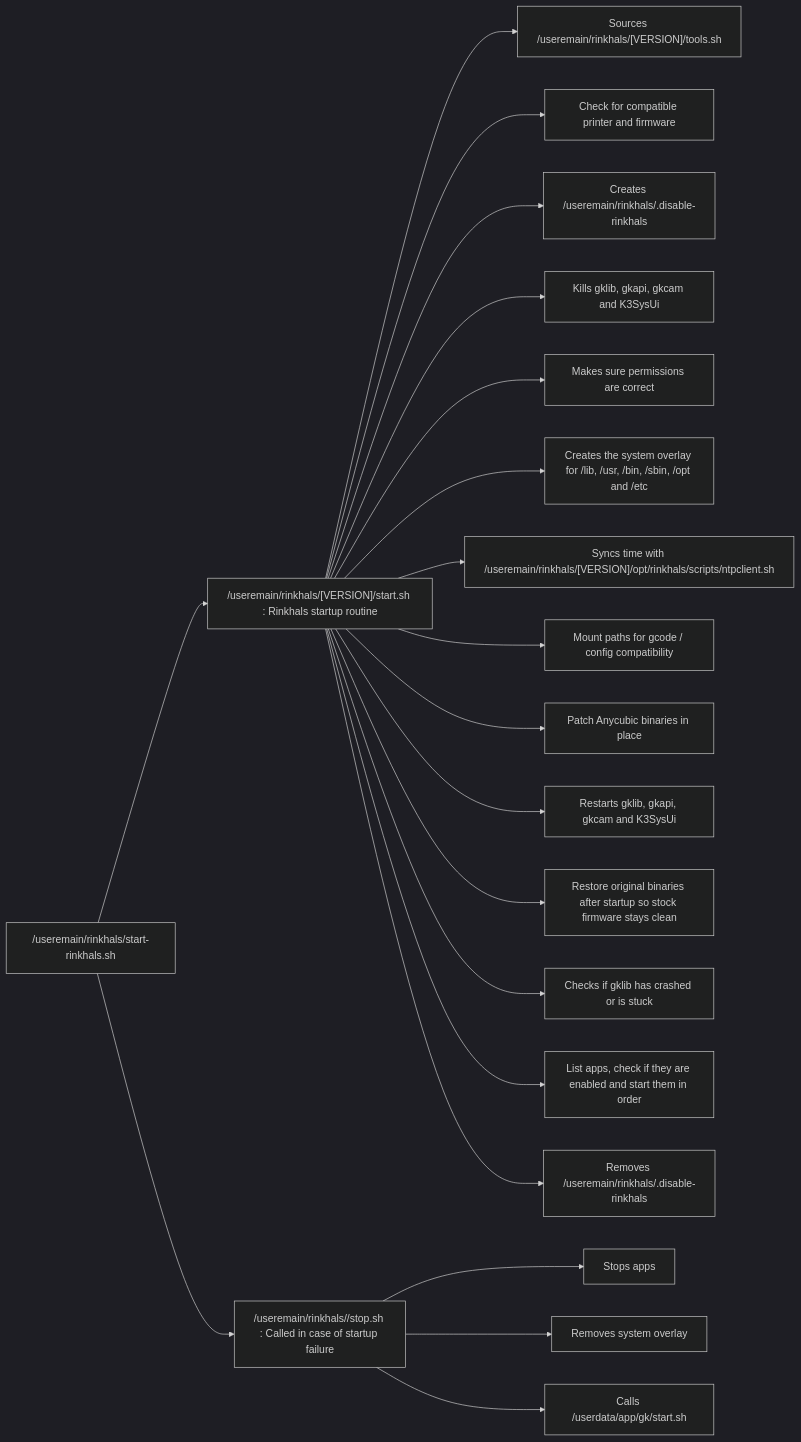
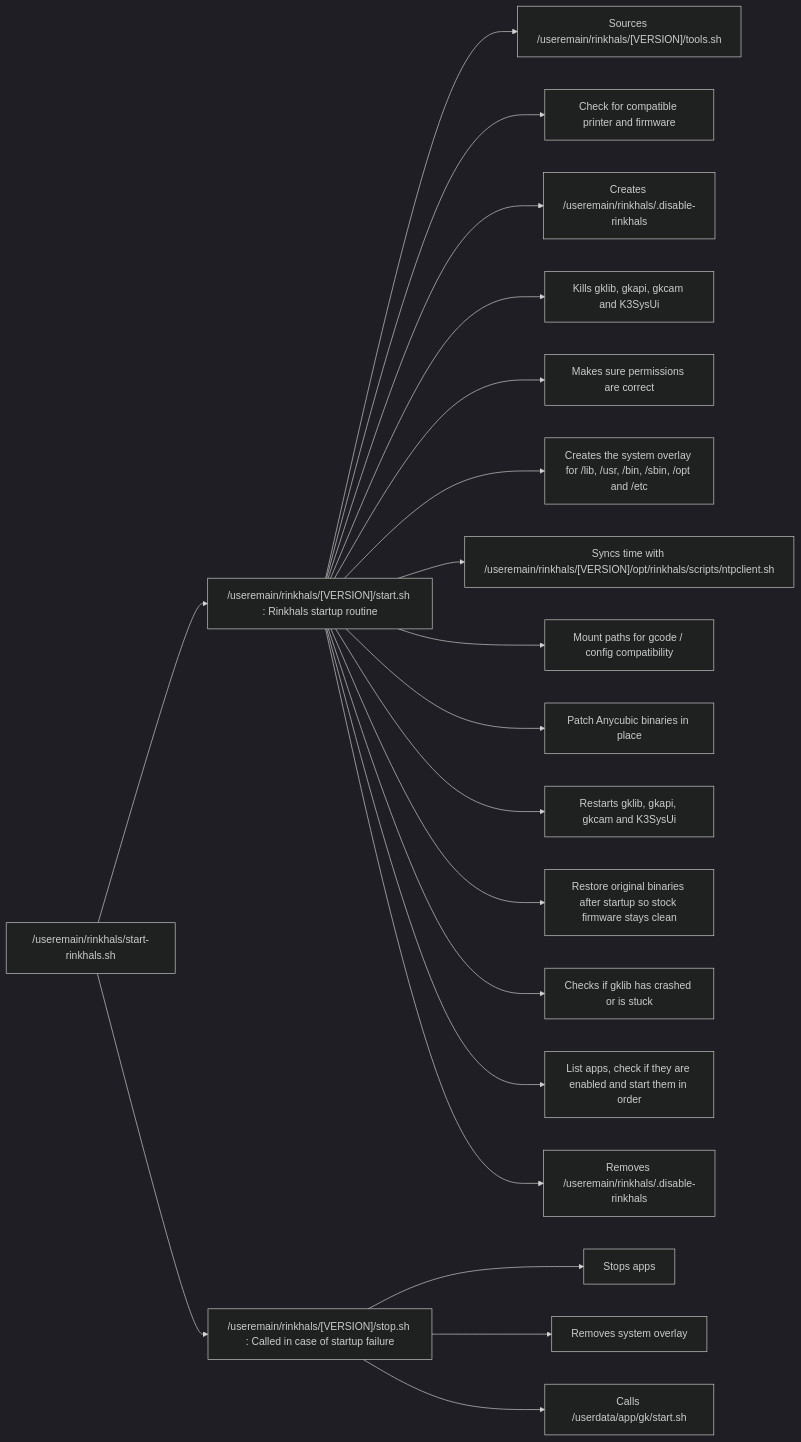
Before and after one commit to jbatonnet/Rinkhals: the second of 2 diagrams in docs/docs/Reverse engineering/file-structure.md, drawn with Mermaid (dark theme).

Commit message:
Quick fix

````diff
--- a/docs/docs/Reverse engineering/file-structure.md
+++ b/docs/docs/Reverse engineering/file-structure.md
@@ -52,22 +52,22 @@
 ```mermaid
 graph LR
     A["/useremain/rinkhals/start-rinkhals.sh"] --> B["/useremain/rinkhals/[VERSION]/start.sh : Rinkhals startup routine"];
     B --> B1["Sources /useremain/rinkhals/[VERSION]/tools.sh"];
     B --> B2["Check for compatible printer and firmware"];
     B --> B3["Creates /useremain/rinkhals/.disable-rinkhals"];
     B --> B4["Kills gklib, gkapi, gkcam and K3SysUi"];
     B --> B5["Makes sure permissions are correct"];
     B --> B6["Creates the system overlay for /lib, /usr, /bin, /sbin, /opt and /etc"];
     B --> B7["Syncs time with /useremain/rinkhals/[VERSION]/opt/rinkhals/scripts/ntpclient.sh"];
     B --> B8["Mount paths for gcode / config compatibility"];
     B --> B9["Patch Anycubic binaries in place"];
     B --> B10["Restarts gklib, gkapi, gkcam and K3SysUi"];
     B --> B11["Restore original binaries after startup so stock firmware stays clean"];
     B --> B12["Checks if gklib has crashed or is stuck"];
     B --> B13["List apps, check if they are enabled and start them in order"];
     B --> B14["Removes /useremain/rinkhals/.disable-rinkhals"];
-    A --> C["/useremain/rinkhals/<VERSION>/stop.sh : Called in case of startup failure"];
+    A --> C["/useremain/rinkhals/[VERSION]/stop.sh : Called in case of startup failure"];
     C --> C1["Stops apps"];
     C --> C2["Removes system overlay"];
     C --> C3["Calls /userdata/app/gk/start.sh"];
 ```
````
